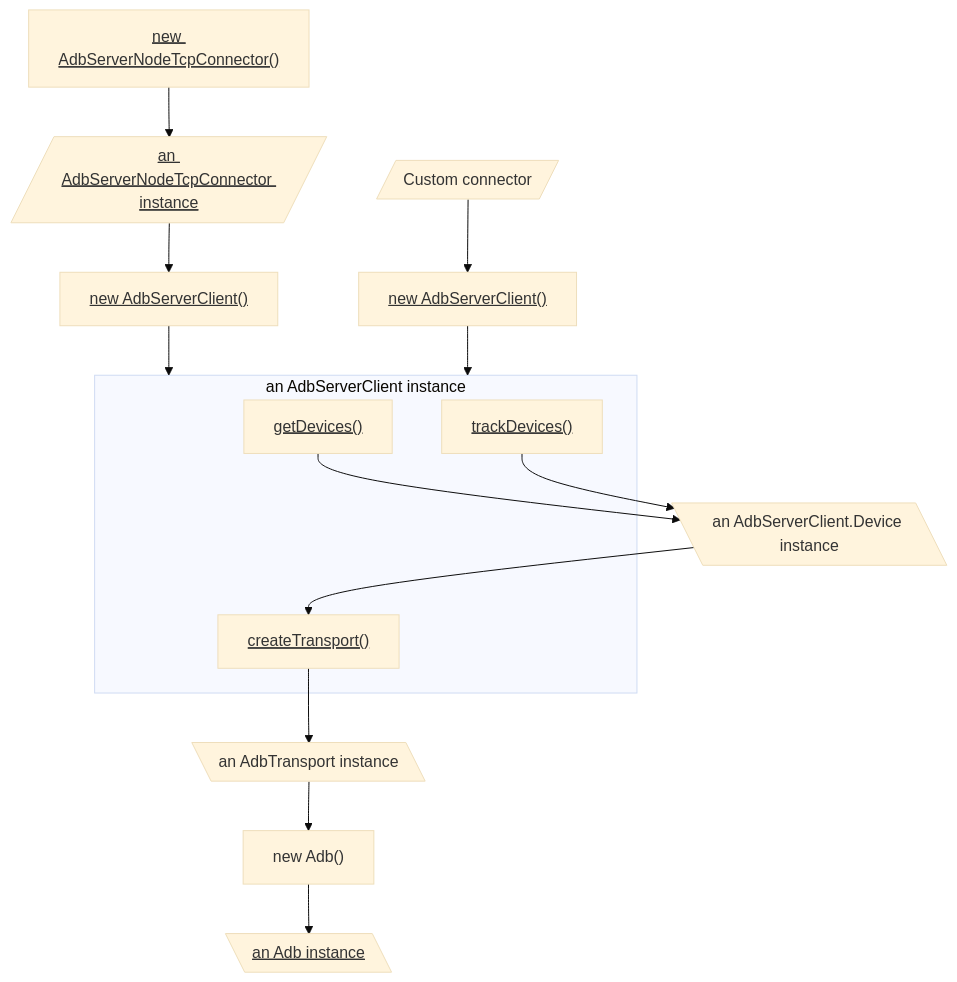
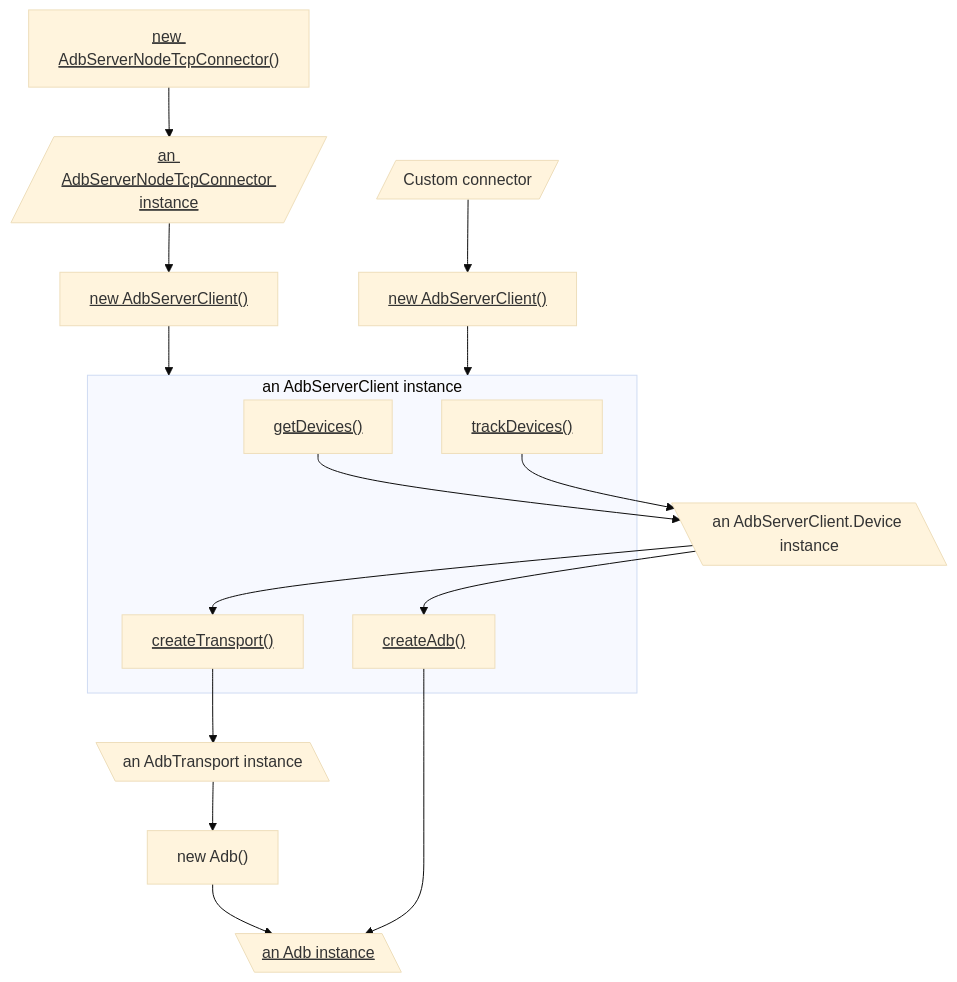
The second of 2 diagrams in docs/tango/server/index.mdx (tango-adb/docs), drawn with Mermaid (base theme) before and after one commit. The commit also changed 4 other files, not shown here.

Commit message:
add more graphs

````diff
--- a/docs/tango/server/index.mdx
+++ b/docs/tango/server/index.mdx
@@ -46,27 +46,30 @@
 ```mermaid
 flowchart TB
     A["new AdbServerNodeTcpConnector()"] --> B[/"an AdbServerNodeTcpConnector instance"/] --> C["new AdbServerClient()"]
     D[/Custom connector/] --> E["new AdbServerClient()"]
 
     subgraph F ["an AdbServerClient instance"]
         G["getDevices()"]
         M["trackDevices()"]
         H["createTransport()"]
+        N["createAdb()"]
     end
 
     C & E --> F
 
     G & M --> I[\"an AdbServerClient.Device instance"\] --> H --> J[\"an AdbTransport instance"\] --> K["new Adb()"] --> L[\"an Adb instance"\]
+    I --> N --> L
 
     classDef link text-decoration: underline;
-    class A,B,C,E,G,H,L,M link;
+    class A,B,C,E,G,H,L,M,N link;
 
     click A "./client#nodejs"
     click B "./client#nodejs"
     click C "./client#create-client-1"
     click E "./client#create-client-1"
     click G "./devices"
     click H "./transport"
     click L "../../api"
     click M "./watch"
+    click N "./transport/#create-an-adb-instance"
 ```
````
